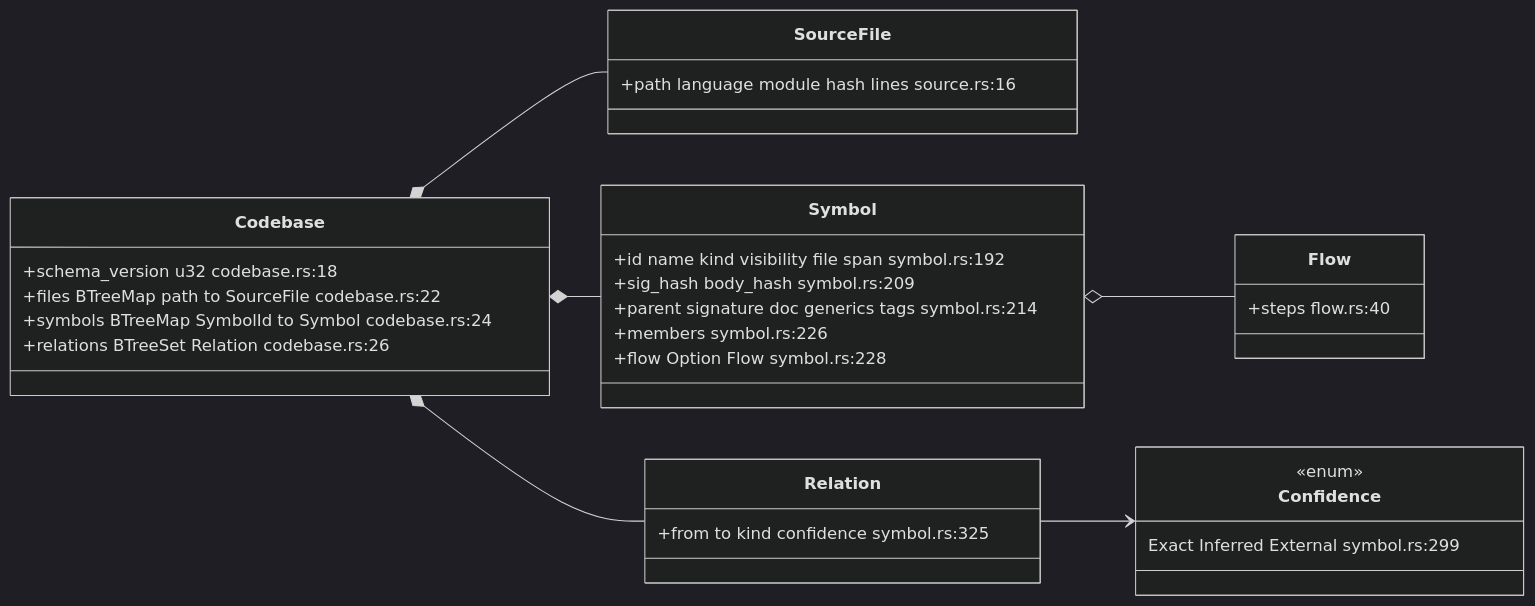
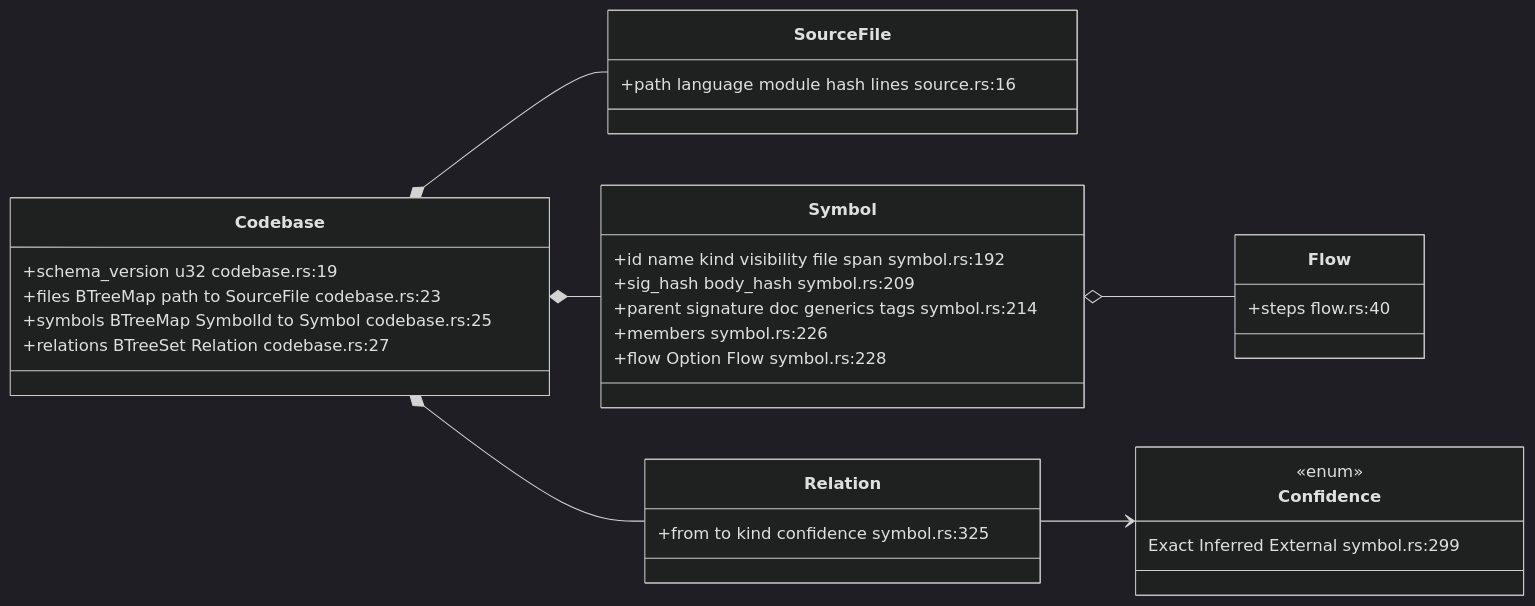
The first of 5 diagrams in docs/diagrams/model/03-the-codebase-model-and-schema-v2.md (DreamLab-AI/codemaid), drawn with Mermaid (dark theme) before and after one commit. The commit also changed other lines of this file and 21 other files, not shown here.

````diff
--- a/docs/diagrams/model/03-the-codebase-model-and-schema-v2.md
+++ b/docs/diagrams/model/03-the-codebase-model-and-schema-v2.md
@@ -56,35 +56,35 @@
 ```mermaid
 classDiagram
     direction LR
     class Codebase {
-        +schema_version u32  codebase.rs:18
-        +files BTreeMap path to SourceFile  codebase.rs:22
-        +symbols BTreeMap SymbolId to Symbol  codebase.rs:24
-        +relations BTreeSet Relation  codebase.rs:26
+        +schema_version u32  codebase.rs:19
+        +files BTreeMap path to SourceFile  codebase.rs:23
+        +symbols BTreeMap SymbolId to Symbol  codebase.rs:25
+        +relations BTreeSet Relation  codebase.rs:27
     }
     class SourceFile {
         +path language module hash lines  source.rs:16
     }
     class Symbol {
         +id name kind visibility file span  symbol.rs:192
         +sig_hash body_hash  symbol.rs:209
         +parent signature doc generics tags  symbol.rs:214
         +members  symbol.rs:226
         +flow Option Flow  symbol.rs:228
     }
     class Relation {
         +from to kind confidence  symbol.rs:325
     }
     class Flow {
         +steps  flow.rs:40
     }
     class Confidence {
         <<enum>>
         Exact Inferred External  symbol.rs:299
     }
     Codebase *-- SourceFile
     Codebase *-- Symbol
     Codebase *-- Relation
     Symbol o-- Flow
     Relation --> Confidence
 ```
````
